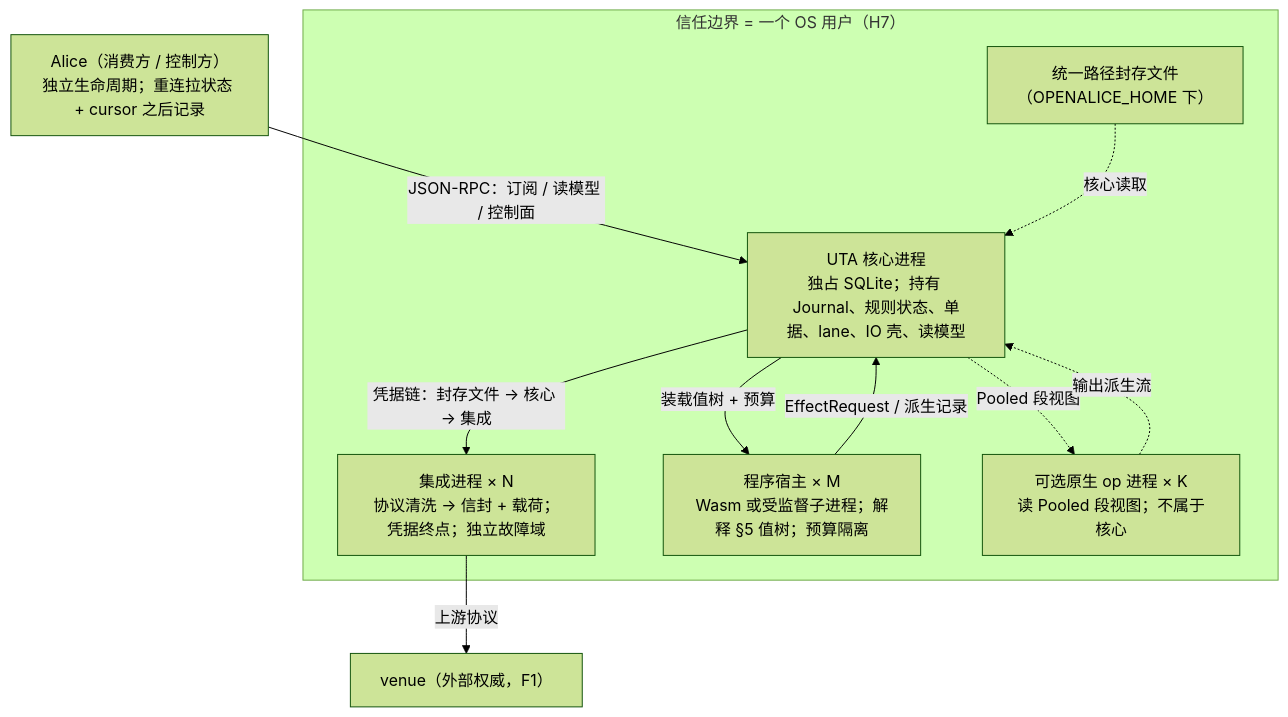
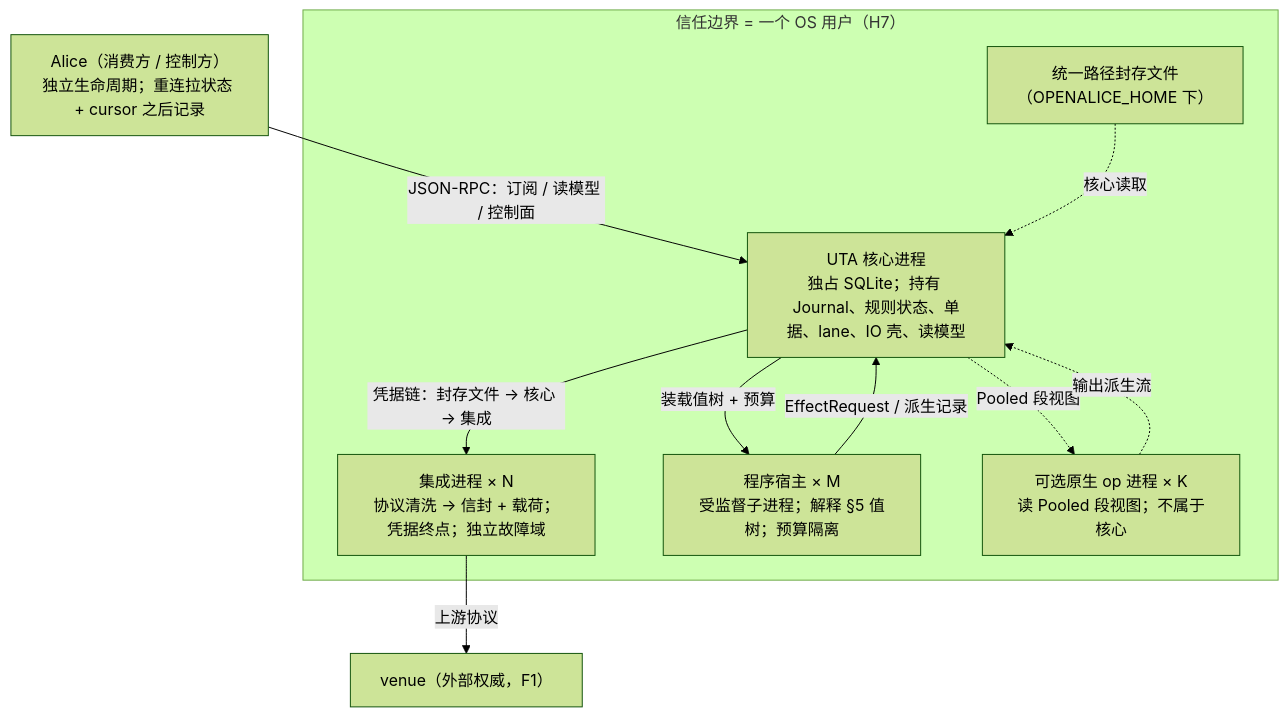
Before and after one commit to mouriya-s-lab/uta: the second of 3 diagrams in design/uta-design.md, drawn with Mermaid (forest theme). The commit also changed other lines of this file and 1 other file, not shown here.

````diff
--- a/design/uta-design.md
+++ b/design/uta-design.md
@@ -1196,20 +1197,20 @@
 ```mermaid
 flowchart TB
   subgraph OSUSER["信任边界 = 一个 OS 用户（H7）"]
     CORE["UTA 核心进程<br/>独占 SQLite；持有 Journal、规则状态、单据、lane、IO 壳、读模型"]
     INT["集成进程 × N<br/>协议清洗 → 信封 + 载荷；凭据终点；独立故障域"]
-    HOST["程序宿主 × M<br/>Wasm 或受监督子进程；解释 §5 值树；预算隔离"]
+    HOST["程序宿主 × M<br/>受监督子进程；解释 §5 值树；预算隔离"]
     HPCOP["可选原生 op 进程 × K<br/>读 Pooled 段视图；不属于核心"]
     SEAL["统一路径封存文件<br/>（OPENALICE_HOME 下）"]
   end
   ALICE["Alice（消费方 / 控制方）<br/>独立生命周期；重连拉状态 + cursor 之后记录"]
   VENUE["venue（外部权威，F1）"]
   ALICE -->|JSON-RPC：订阅 / 读模型 / 控制面| CORE
   CORE -->|凭据链：封存文件 → 核心 → 集成| INT
   SEAL -.核心读取.-> CORE
   INT -->|上游协议| VENUE
   CORE -->|装载值树 + 预算| HOST
   HOST -->|EffectRequest / 派生记录| CORE
   CORE -.Pooled 段视图.-> HPCOP
   HPCOP -.输出派生流.-> CORE
 ```
````
